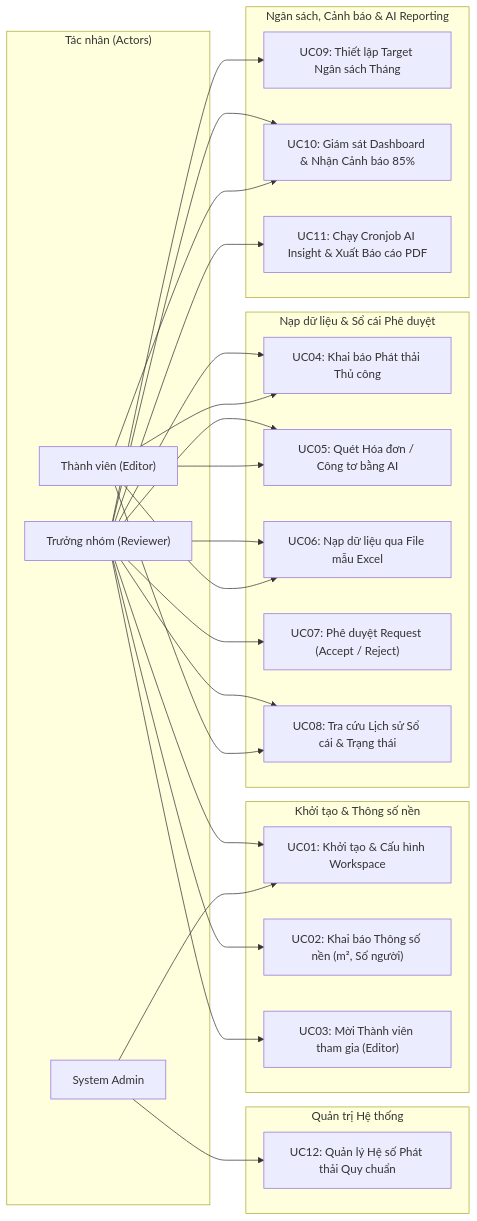
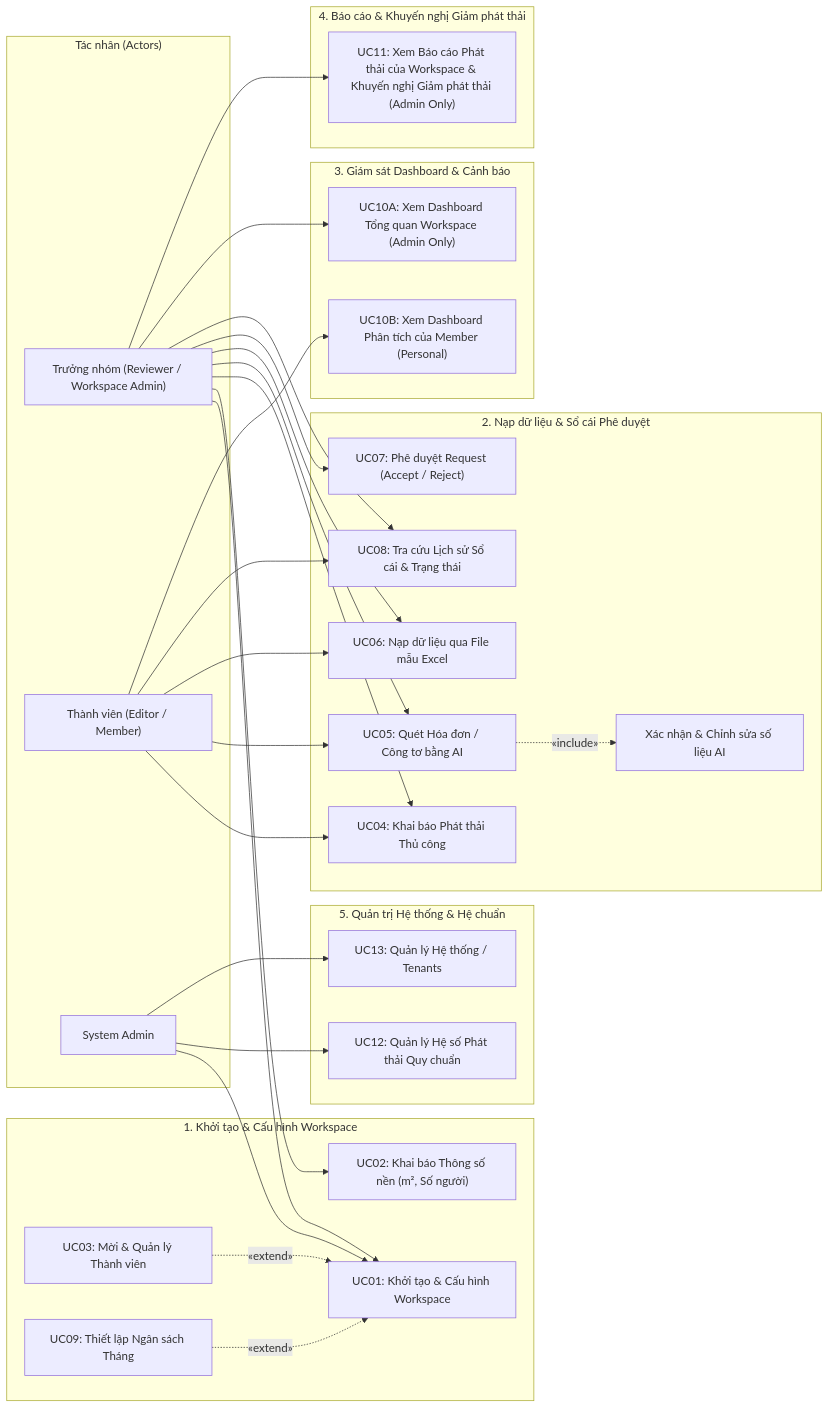
The second of 2 diagrams in spec.md (DatTienNguyenn/PMDC-BATCH4-DATNT250), drawn with Mermaid before and after one commit. The commit also changed other lines of this file and 4 other files, not shown here.

First line of the commit message:
docs(ucd): update use case diagram and permissions for admin and member roles

````diff
--- a/spec.md
+++ b/spec.md
@@ -173,56 +176,64 @@
 ```mermaid
 flowchart LR
     subgraph Actors["Tác nhân (Actors)"]
-        Reviewer["Trưởng nhóm (Reviewer)"]
-        Editor["Thành viên (Editor)"]
+        Reviewer["Trưởng nhóm (Reviewer / Workspace Admin)"]
+        Editor["Thành viên (Editor / Member)"]
         SysAdmin["System Admin"]
     end
 
-    subgraph WorkspaceMgmt["Khởi tạo & Thông số nền"]
+    subgraph WorkspaceMgmt["1. Khởi tạo & Cấu hình Workspace"]
         UC01["UC01: Khởi tạo & Cấu hình Workspace"]
         UC02["UC02: Khai báo Thông số nền (m², Số người)"]
-        UC03["UC03: Mời Thành viên tham gia (Editor)"]
+        UC03["UC03: Mời & Quản lý Thành viên"]
+        UC09["UC09: Thiết lập Ngân sách Tháng"]
+        UC03 -.->|«extend»| UC01
+        UC09 -.->|«extend»| UC01
     end
 
-    subgraph IngestionLedger["Nạp dữ liệu & Sổ cái Phê duyệt"]
+    subgraph IngestionLedger["2. Nạp dữ liệu & Sổ cái Phê duyệt"]
         UC04["UC04: Khai báo Phát thải Thủ công"]
         UC05["UC05: Quét Hóa đơn / Công tơ bằng AI"]
         UC06["UC06: Nạp dữ liệu qua File mẫu Excel"]
+        UC05_INC["Xác nhận & Chỉnh sửa số liệu AI"]
+        UC05 -.->|«include»| UC05_INC
         UC07["UC07: Phê duyệt Request (Accept / Reject)"]
         UC08["UC08: Tra cứu Lịch sử Sổ cái & Trạng thái"]
     end
 
-    subgraph BudgetingInsight["Ngân sách, Cảnh báo & AI Reporting"]
-        UC09["UC09: Thiết lập Target Ngân sách Tháng"]
-        UC10["UC10: Giám sát Dashboard & Nhận Cảnh báo 85%"]
-        UC11["UC11: Chạy Cronjob AI Insight & Xuất Báo cáo PDF"]
+    subgraph BudgetingInsight["3. Giám sát Dashboard & Cảnh báo"]
+        UC10_WS["UC10A: Xem Dashboard Tổng quan Workspace (Admin Only)"]
+        UC10_MEM["UC10B: Xem Dashboard Phân tích của Member (Personal)"]
     end
 
-    subgraph SystemAdminArea["Quản trị Hệ thống"]
+    subgraph Flow4Area["4. Báo cáo & Khuyến nghị Giảm phát thải"]
+        UC11["UC11: Xem Báo cáo Phát thải của Workspace & Khuyến nghị Giảm phát thải (Admin Only)"]
+    end
+
+    subgraph SystemAdminArea["5. Quản trị Hệ thống & Hệ chuẩn"]
         UC12["UC12: Quản lý Hệ số Phát thải Quy chuẩn"]
+        UC13["UC13: Quản lý Hệ thống / Tenants"]
     end
 
     %% Reviewer
     Reviewer --> UC01
     Reviewer --> UC02
-    Reviewer --> UC03
     Reviewer --> UC04
     Reviewer --> UC05
     Reviewer --> UC06
     Reviewer --> UC07
     Reviewer --> UC08
-    Reviewer --> UC09
-    Reviewer --> UC10
+    Reviewer --> UC10_WS
     Reviewer --> UC11
 
     %% Editor
     Editor --> UC04
     Editor --> UC05
     Editor --> UC06
     Editor --> UC08
-    Editor --> UC10
+    Editor --> UC10_MEM
 
     %% System Admin
     SysAdmin --> UC01
     SysAdmin --> UC12
+    SysAdmin --> UC13
 ```
````
